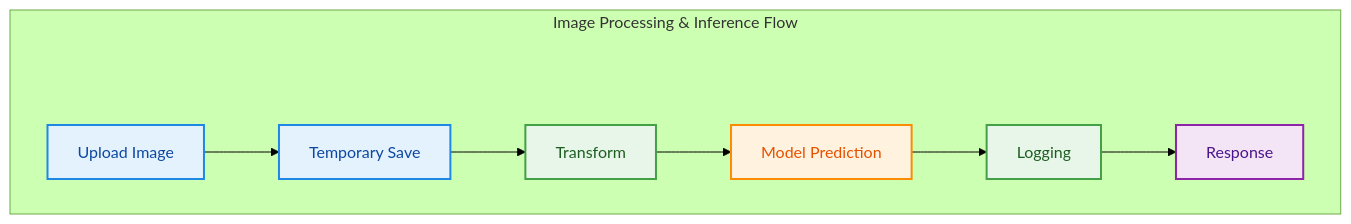
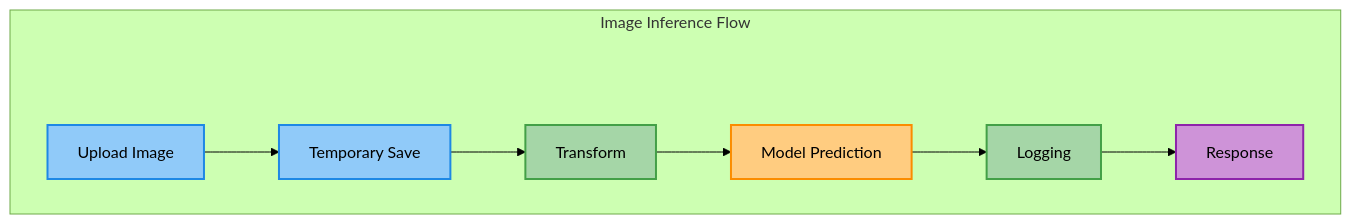
Before and after one commit to MugundhanSM/cats-dogs-mlops: the fourth of 6 diagrams in Readme.md, drawn with Mermaid (forest theme). The commit also changed other lines of this file, not shown here.

````diff
--- a/Readme.md
+++ b/Readme.md
@@ -535,30 +537,30 @@
 ```mermaid
 flowchart LR
 
 %% ---------- STYLES ----------
-classDef input fill:#E3F2FD,stroke:#1E88E5,stroke-width:2,color:#0D47A1;
-classDef process fill:#E8F5E9,stroke:#43A047,stroke-width:2,color:#1B5E20;
-classDef inference fill:#FFF3E0,stroke:#FB8C00,stroke-width:2,color:#E65100;
-classDef output fill:#F3E5F5,stroke:#8E24AA,stroke-width:2,color:#4A148C;
+classDef input fill:#90CAF9,stroke:#1E88E5,stroke-width:2px,color:#000;
+classDef process fill:#A5D6A7,stroke:#43A047,stroke-width:2px,color:#000;
+classDef inference fill:#FFCC80,stroke:#FB8C00,stroke-width:2px,color:#000;
+classDef output fill:#CE93D8,stroke:#8E24AA,stroke-width:2px,color:#000;
 classDef spacer fill:none,stroke:none,color:none;
 
 %% ---------- IMAGE INFERENCE FLOW ----------
-subgraph IMG["Image Processing & Inference Flow"]
+subgraph IMG["Image Inference Flow"]
 direction LR
 S1[" "]:::spacer
 
 A[Upload Image] --> B[Temporary Save]
 B --> C[Transform]
 C --> D[Model Prediction]
 D --> E[Logging]
 E --> F[Response]
 
 end
 
 %% ---------- CLASS ASSIGNMENT ----------
 class A,B input;
-class C process;
+class C,E process;
 class D inference;
-class E process;
 class F output;
+class S1 spacer;
 ```
````
